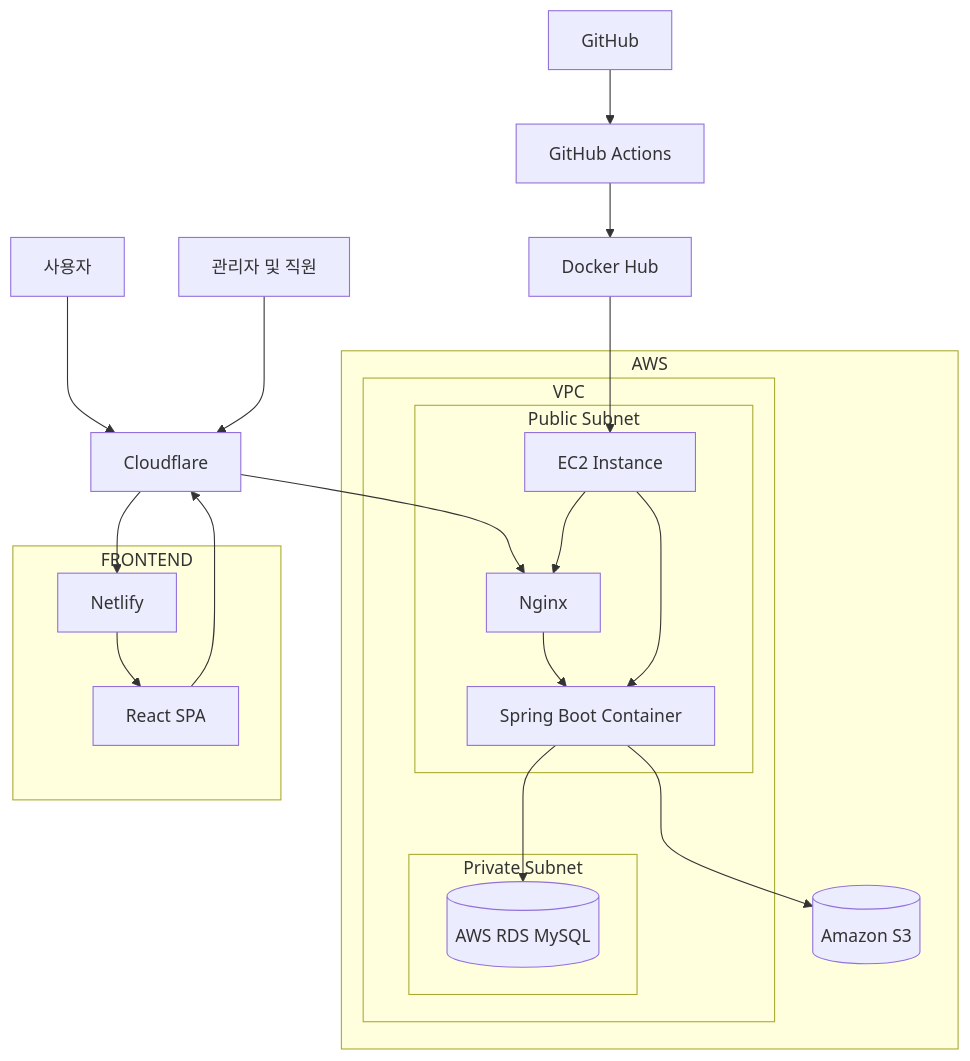
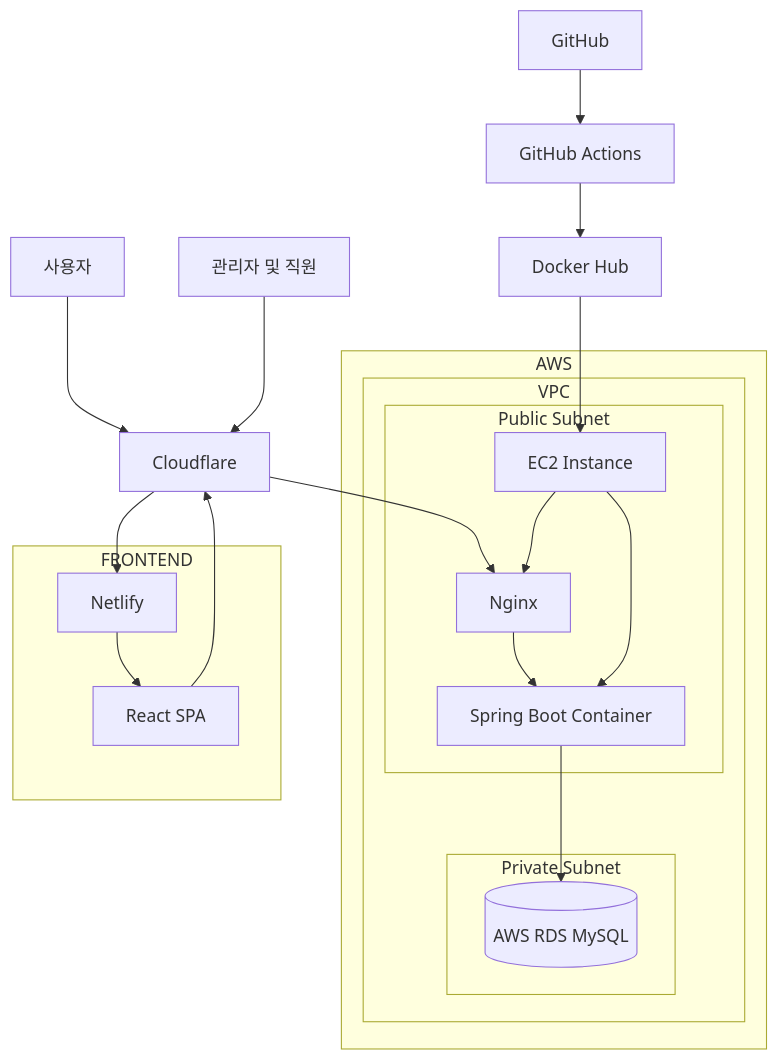
One commit to likelion-backend-25th/fixgo changed the first of 2 diagrams in docs/02_design/01_architecture.md. Above: the diagram before and after it, drawn with Mermaid. The commit also changed other lines of this file and 1 other file, not shown here.

````diff
--- a/docs/02_design/01_architecture.md
+++ b/docs/02_design/01_architecture.md
@@ -18,49 +17,45 @@
 ```mermaid
 graph TD
     USER[사용자]
     STAFF[관리자 및 직원]
 
     CF[Cloudflare]
 
     subgraph FRONTEND
         NETLIFY[Netlify]
         REACT[React SPA]
     end
 
     subgraph AWS
         subgraph VPC
             subgraph PUBLIC[Public Subnet]
                 EC2[EC2 Instance]
                 NGINX[Nginx]
                 APP[Spring Boot Container]
             end
 
             subgraph PRIVATE[Private Subnet]
                 RDS[(AWS RDS MySQL)]
             end
         end
-
-        S3[(Amazon S3)]
-
     end
 
     GITHUB[GitHub]
     ACTIONS[GitHub Actions]
     DOCKERHUB[Docker Hub]
 
     USER --> CF
     STAFF --> CF
     CF --> NETLIFY
     NETLIFY --> REACT
     REACT --> CF
     CF --> NGINX
     NGINX --> APP
     APP --> RDS
-    APP --> S3
 
     GITHUB --> ACTIONS
     ACTIONS --> DOCKERHUB
     DOCKERHUB --> EC2
     EC2 --> NGINX
     EC2 --> APP
 ```
````
